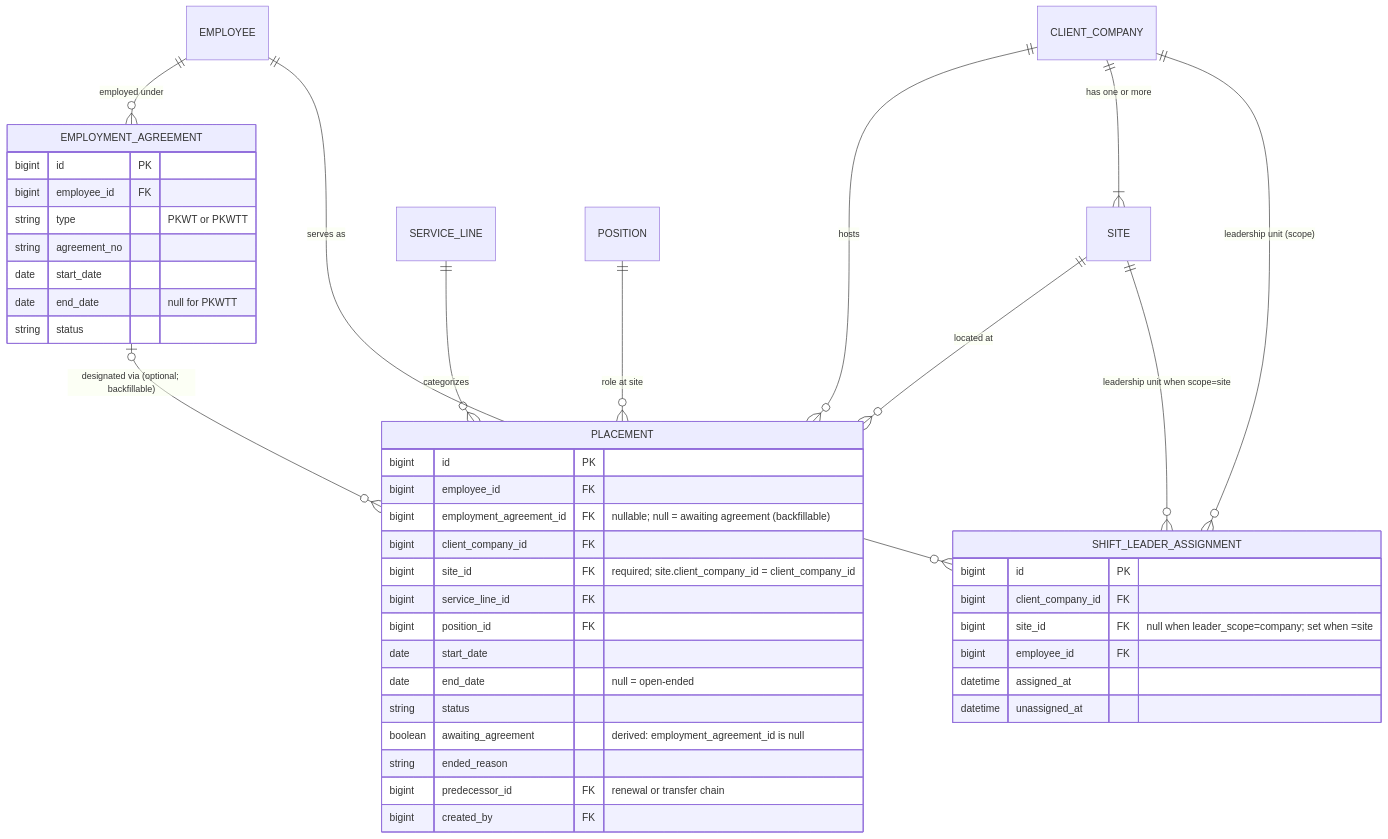
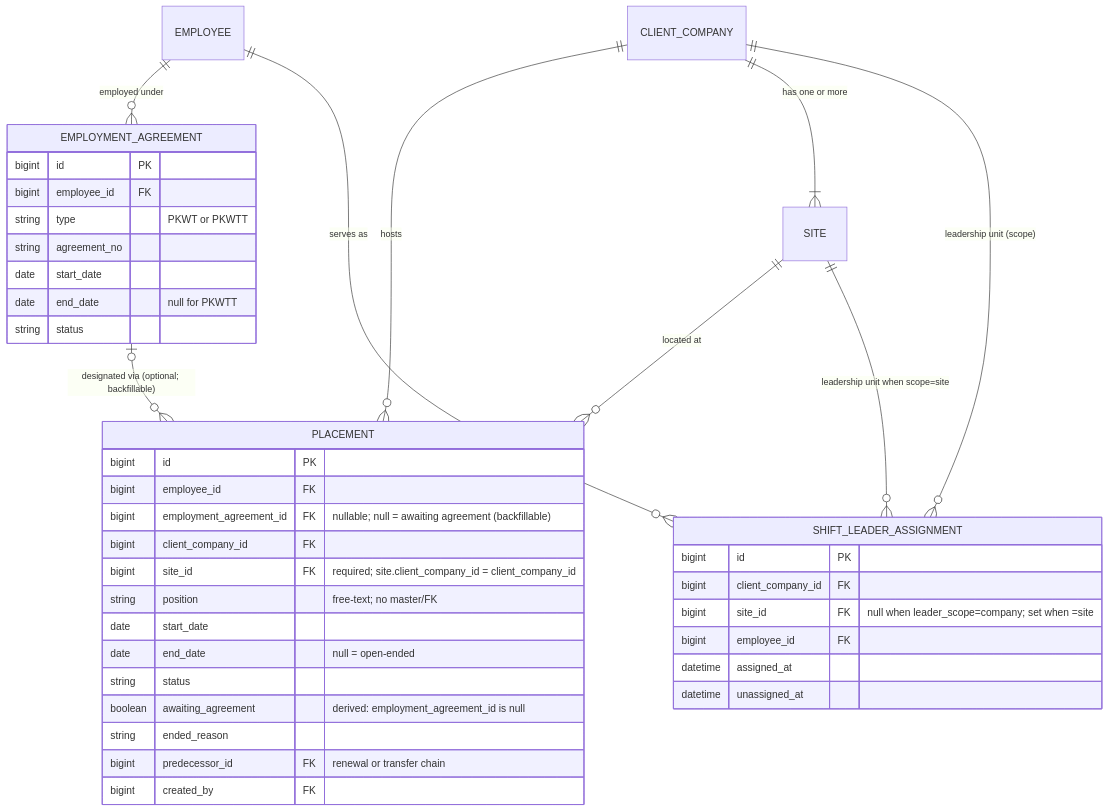
One commit to hariszaki17/hris-outsource changed the first of 6 diagrams in docs/epics/E3-placement/FEATURE.md. Above: the diagram before and after it, drawn with Mermaid. The commit also changed other lines of this file and 239 other files, not shown here.

First line of the commit message:
feat!: remove service line concept end-to-end

````diff
--- a/docs/epics/E3-placement/FEATURE.md
+++ b/docs/epics/E3-placement/FEATURE.md
@@ -30,47 +32,44 @@
 ```mermaid
 erDiagram
     EMPLOYEE ||--o{ EMPLOYMENT_AGREEMENT : "employed under"
     EMPLOYMENT_AGREEMENT |o--o{ PLACEMENT : "designated via (optional; backfillable)"
     CLIENT_COMPANY ||--o{ PLACEMENT : "hosts"
     CLIENT_COMPANY ||--|{ SITE : "has one or more"
     SITE ||--o{ PLACEMENT : "located at"
-    SERVICE_LINE ||--o{ PLACEMENT : "categorizes"
-    POSITION ||--o{ PLACEMENT : "role at site"
     CLIENT_COMPANY ||--o{ SHIFT_LEADER_ASSIGNMENT : "leadership unit (scope)"
     SITE ||--o{ SHIFT_LEADER_ASSIGNMENT : "leadership unit when scope=site"
     EMPLOYEE ||--o{ SHIFT_LEADER_ASSIGNMENT : "serves as"
 
     EMPLOYMENT_AGREEMENT {
         bigint id PK
         bigint employee_id FK
         string type "PKWT or PKWTT"
         string agreement_no
         date start_date
         date end_date "null for PKWTT"
         string status
     }
     PLACEMENT {
         bigint id PK
         bigint employee_id FK
         bigint employment_agreement_id FK "nullable; null = awaiting agreement (backfillable)"
         bigint client_company_id FK
         bigint site_id FK "required; site.client_company_id = client_company_id"
-        bigint service_line_id FK
-        bigint position_id FK
+        string position "free-text; no master/FK"
         date start_date
         date end_date "null = open-ended"
         string status
         boolean awaiting_agreement "derived: employment_agreement_id is null"
         string ended_reason
         bigint predecessor_id FK "renewal or transfer chain"
         bigint created_by FK
     }
     SHIFT_LEADER_ASSIGNMENT {
         bigint id PK
         bigint client_company_id FK
         bigint site_id FK "null when leader_scope=company; set when =site"
         bigint employee_id FK
         datetime assigned_at
         datetime unassigned_at
     }
 ```
````
